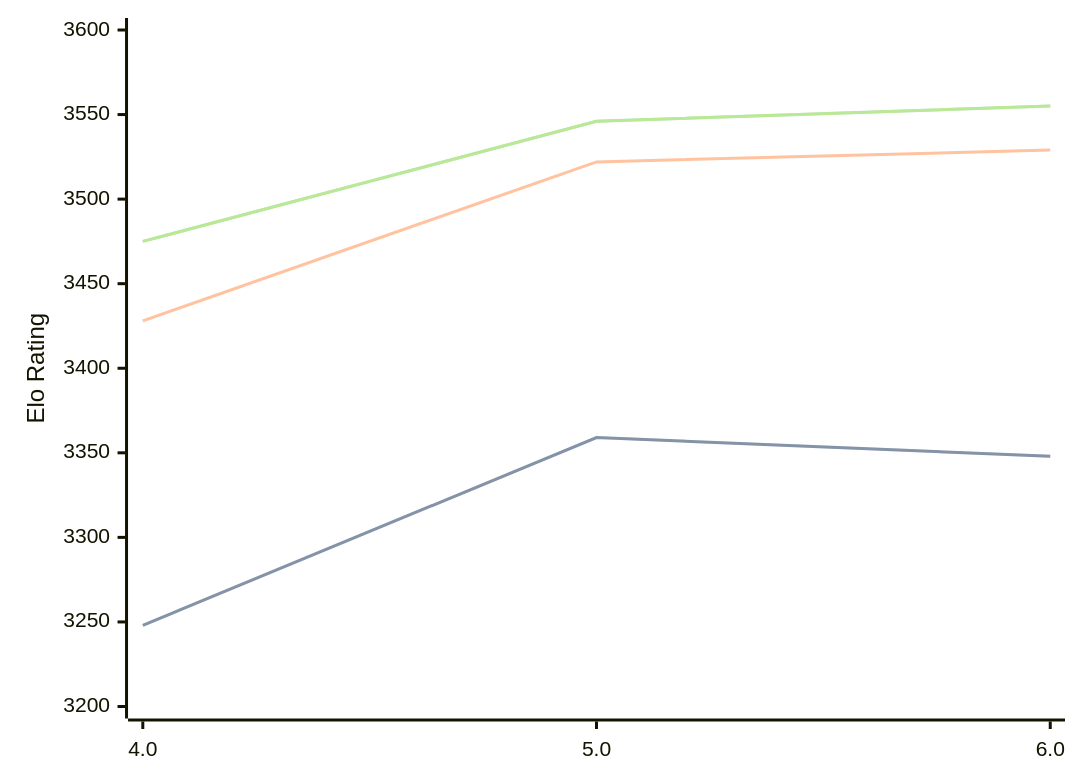
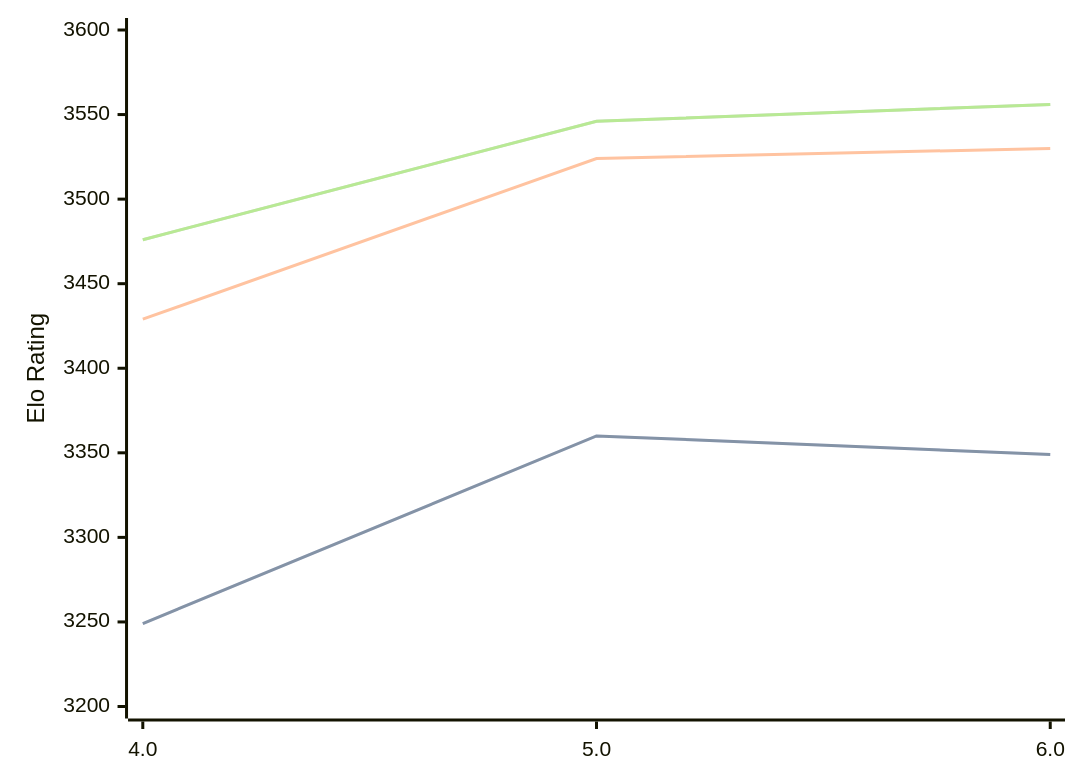
One commit to computer-chess-index/cci changed the diagram in engines/Tarnished.md. Above: the diagram before and after it, drawn with Mermaid. The commit also changed other lines of this file, not shown here.

Commit message:
Update CCI Ratings (ELO VLTC) - 2026-08-21

````diff
--- a/engines/Tarnished.md
+++ b/engines/Tarnished.md
@@ -33,11 +33,11 @@
 ```mermaid
 %%{init: {"theme":"base","themeVariables":{"seriesColors:['#a3a3a3','#222221','#faa371']}}}%%
 xychart-beta
   x-axis ["4.0", "5.0", "6.0"]
   y-axis "Elo Rating" 3200 --> 3600
-  line "STC (8.0+0.08s)" [3248, 3359, 3348]
-  line "STC (8.0+0.08s)" [3248, 3359, 3348]
-  line "LTC (60.0+0.60s)" [3428, 3522, 3529]
-  line "VLTC (2m24s+1.12s)" [3475, 3546, 3555]
-  line "VLTC (2m24s+1.12s)" [3475, 3546, 3555]
+  line "STC (8.0+0.08s)" [3249, 3360, 3349]
+  line "STC (8.0+0.08s)" [3249, 3360, 3349]
+  line "LTC (60.0+0.60s)" [3429, 3524, 3530]
+  line "VLTC (2m24s+1.12s)" [3476, 3546, 3556]
+  line "VLTC (2m24s+1.12s)" [3476, 3546, 3556]
 ```
````
